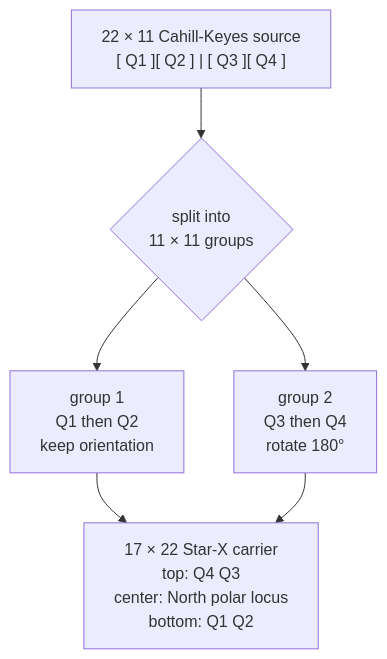
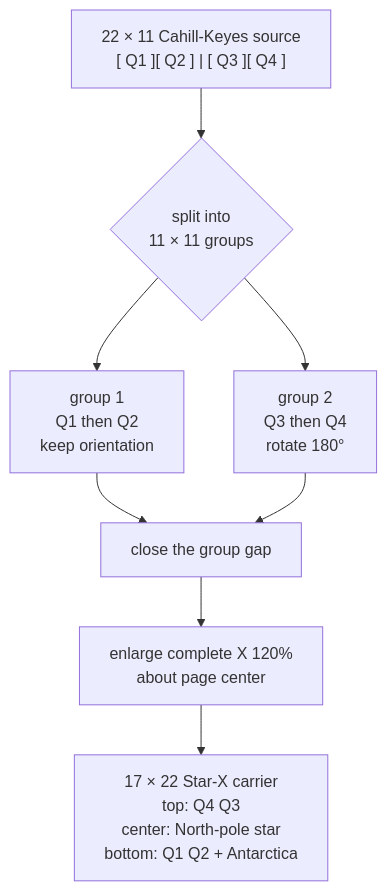
The second of 3 diagrams in docs/star-x-context.md (bdekoz/cartofreako), drawn with Mermaid before and after one commit. The commit also changed other lines of this file and 75 other files, not shown here.

````diff
--- a/docs/star-x-context.md
+++ b/docs/star-x-context.md
@@ -93,12 +93,15 @@
 ```mermaid
 flowchart TB
   SRC["22 × 11 Cahill-Keyes source<br/>[ Q1 ][ Q2 ] | [ Q3 ][ Q4 ]"]
   SPLIT{"split into<br/>11 × 11 groups"}
   G1["group 1<br/>Q1 then Q2<br/>keep orientation"]
   G2["group 2<br/>Q3 then Q4<br/>rotate 180°"]
-  FINAL["17 × 22 Star-X carrier<br/>top: Q4 Q3<br/>center: North polar locus<br/>bottom: Q1 Q2"]
+  PLACE["close the group gap"]
+  SCALE["enlarge complete X 120%<br/>about page center"]
+  FINAL["17 × 22 Star-X carrier<br/>top: Q4 Q3<br/>center: North-pole star<br/>bottom: Q1 Q2 + Antarctica"]
 
   SRC --> SPLIT
-  SPLIT --> G1 --> FINAL
-  SPLIT --> G2 --> FINAL
+  SPLIT --> G1 --> PLACE
+  SPLIT --> G2 --> PLACE
+  PLACE --> SCALE --> FINAL
 ```
````
